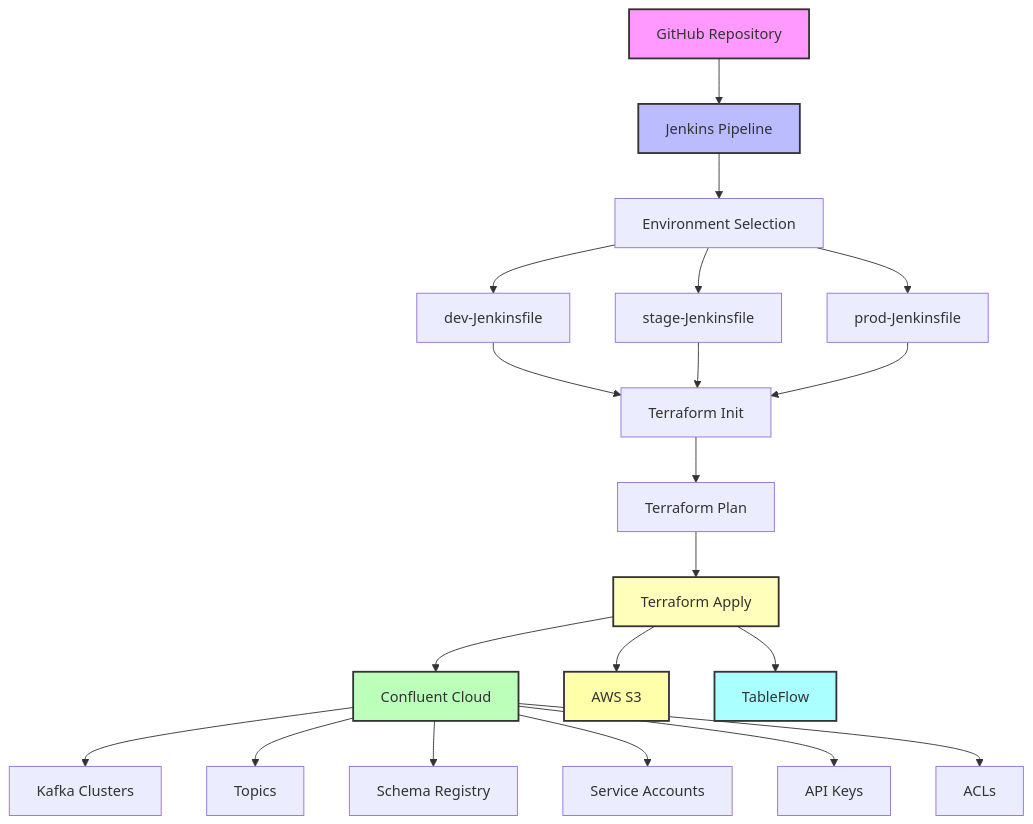
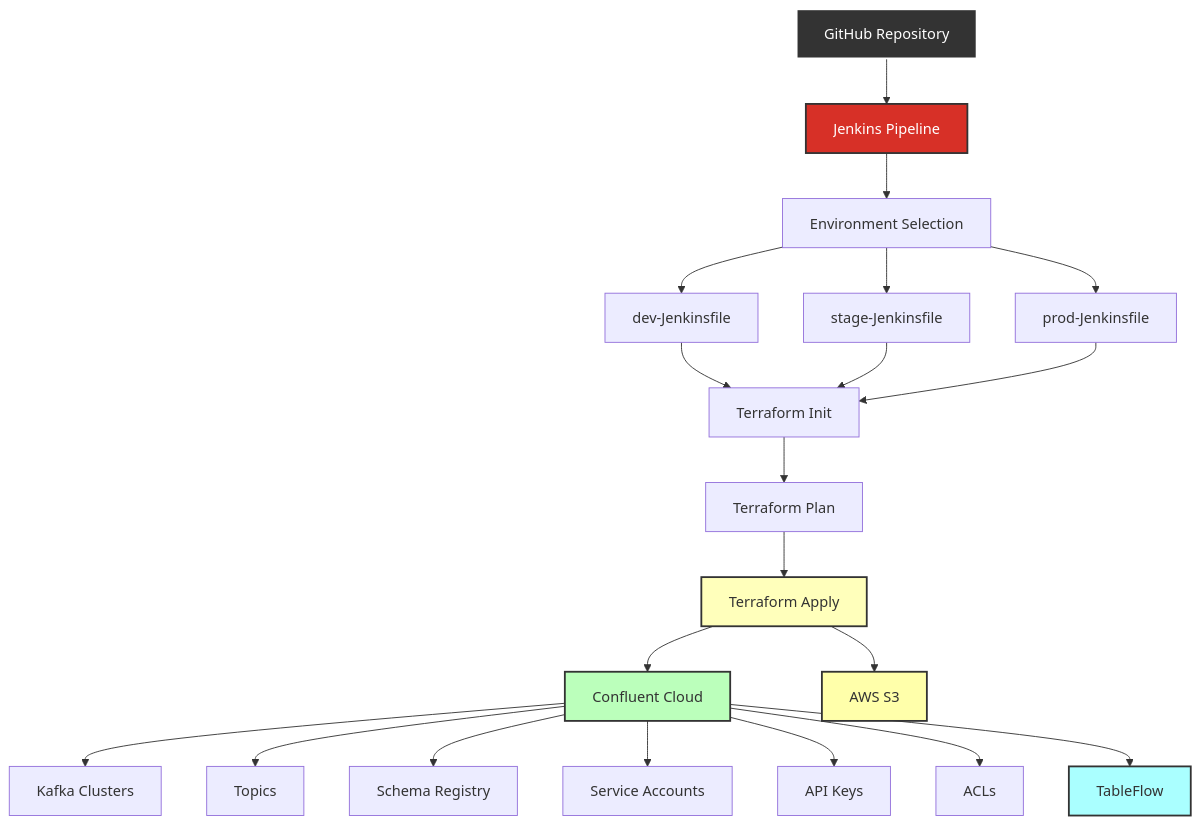
The diagram in README.md (ssantrosyan777/confluent-provisioning), drawn with Mermaid before and after one commit.

````diff
--- a/README.md
+++ b/README.md
@@ -62,29 +62,29 @@
 ```mermaid
 graph TD
     A[GitHub Repository] --> B[Jenkins Pipeline]
     B --> C[Environment Selection]
     C --> D[dev-Jenkinsfile]
     C --> E[stage-Jenkinsfile]
     C --> F[prod-Jenkinsfile]
     D --> G[Terraform Init]
     E --> G
     F --> G
     G --> H[Terraform Plan]
     H --> I[Terraform Apply]
     I --> J[Confluent Cloud]
     I --> Q[AWS S3]
-    I --> R[TableFlow]
     J --> K[Kafka Clusters]
     J --> L[Topics]
     J --> M[Schema Registry]
     J --> N[Service Accounts]
     J --> O[API Keys]
     J --> P[ACLs]
+    J --> R[TableFlow]
     
-    style A fill:#f9f,stroke:#333,stroke-width:2px
-    style B fill:#bbf,stroke:#333,stroke-width:2px
+    style A fill:#333,stroke:#fff,stroke-width:2px,color:#fff
+    style B fill:#d73027,stroke:#333,stroke-width:2px,color:#fff
     style J fill:#bfb,stroke:#333,stroke-width:2px
     style I fill:#ffb,stroke:#333,stroke-width:2px
     style Q fill:#ffa,stroke:#333,stroke-width:2px
     style R fill:#aff,stroke:#333,stroke-width:2px
 ```
````
